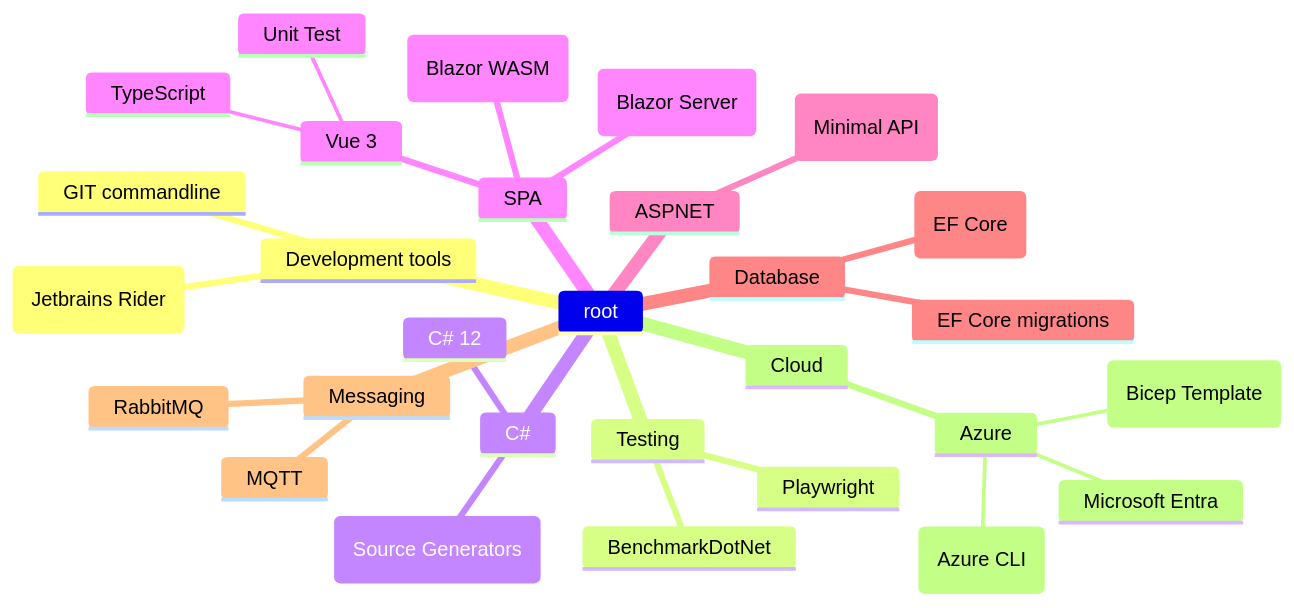
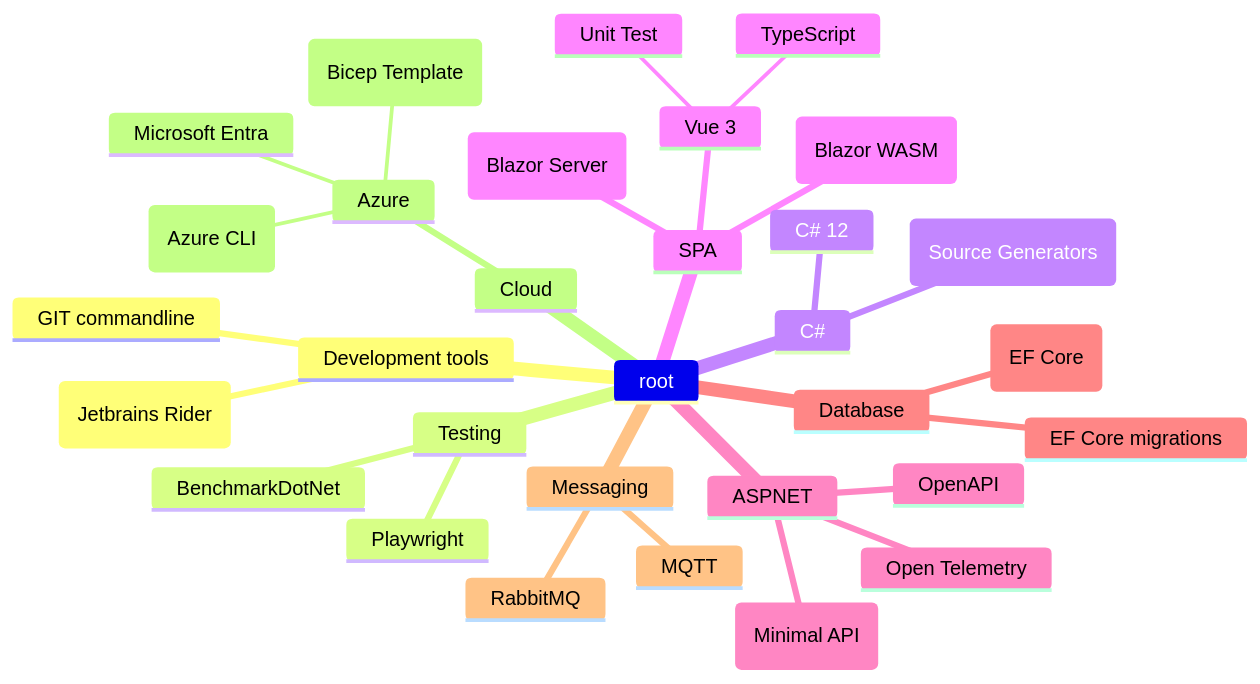
The second of 2 diagrams in README.md (renevdhoek/renevdhoek), drawn with Mermaid before and after one commit.

````diff
--- a/README.md
+++ b/README.md
@@ -11,32 +11,34 @@
 ```mermaid
 mindmap
   root
     Development tools      
         GIT commandline
         (Jetbrains Rider)
     Testing
       Playwright
       BenchmarkDotNet
     C#
       C# 12
       (Source Generators)
     SPA
       Vue 3
         Unit Test
         TypeScript
       (Blazor Server)
       (Blazor WASM)
     ASPNET
       (Minimal API)
+      OpenAPI
+      Open Telemetry
     Database
       EF Core migrations
       (EF Core)
     Messaging
       MQTT
       RabbitMQ
     Cloud
       Azure
         Microsoft Entra
         (Bicep Template)
         (Azure CLI)
 ```
````
